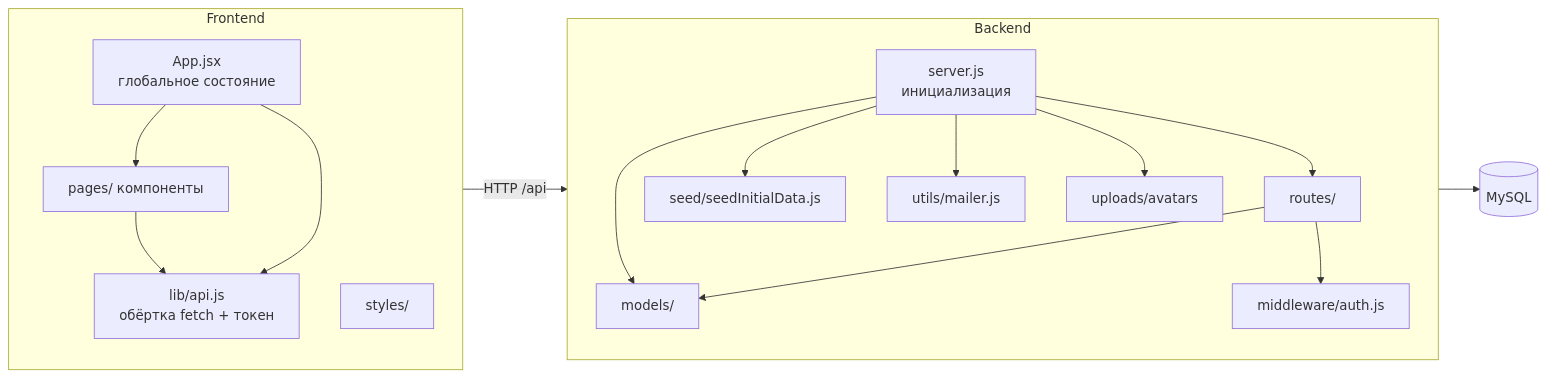
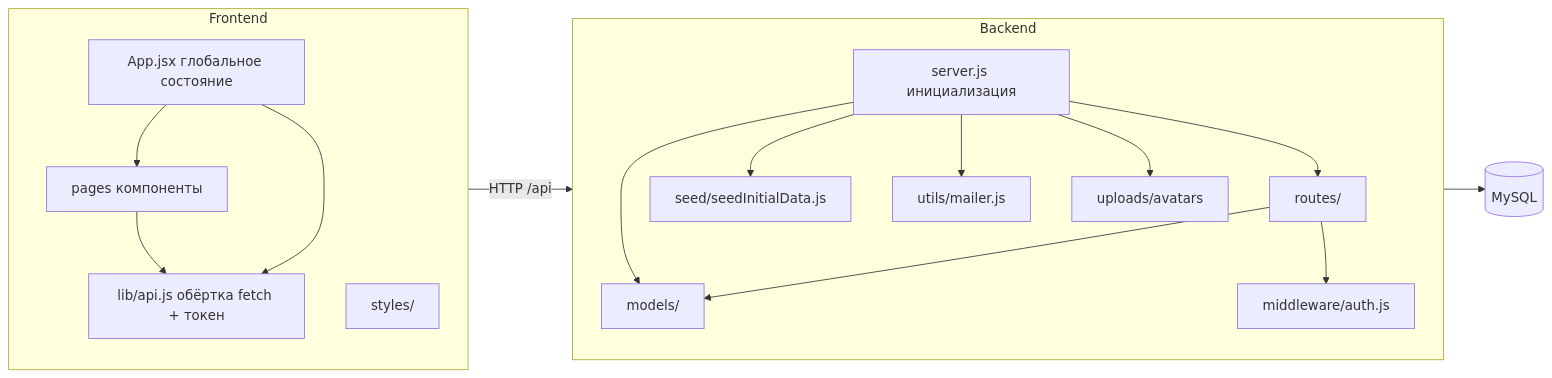
The first of 3 diagrams in README.md (Syharik3316/SyharikFinance), drawn with Mermaid before and after one commit. The commit also changed other lines of this file, not shown here.

````diff
--- a/README.md
+++ b/README.md
@@ -35,35 +35,35 @@
 ```mermaid
 graph LR
     subgraph Frontend
         direction TB
-        F1[App.jsx\nглобальное состояние]
-        F2[pages/ компоненты]
-        F3[lib/api.js\nобёртка fetch + токен]
+        F1[App.jsx глобальное состояние]
+        F2[pages компоненты]
+        F3[lib/api.js обёртка fetch + токен]
         F4[styles/]
         F1 --> F2
         F2 --> F3
         F1 --> F3
     end
 
     subgraph Backend
         direction TB
-        B1[server.js\nинициализация]
+        B1[server.js инициализация]
         B2[routes/]
         B3[models/]
         B4[middleware/auth.js]
         B5[seed/seedInitialData.js]
         B6[utils/mailer.js]
         B7[uploads/avatars]
 
         B1 --> B2
         B1 --> B3
         B2 --> B4
         B2 --> B3
         B1 --> B5
         B1 --> B6
         B1 --> B7
     end
 
     Frontend -- "HTTP /api" --> Backend
     Backend --> MySQL[(MySQL)]
 ```
````
